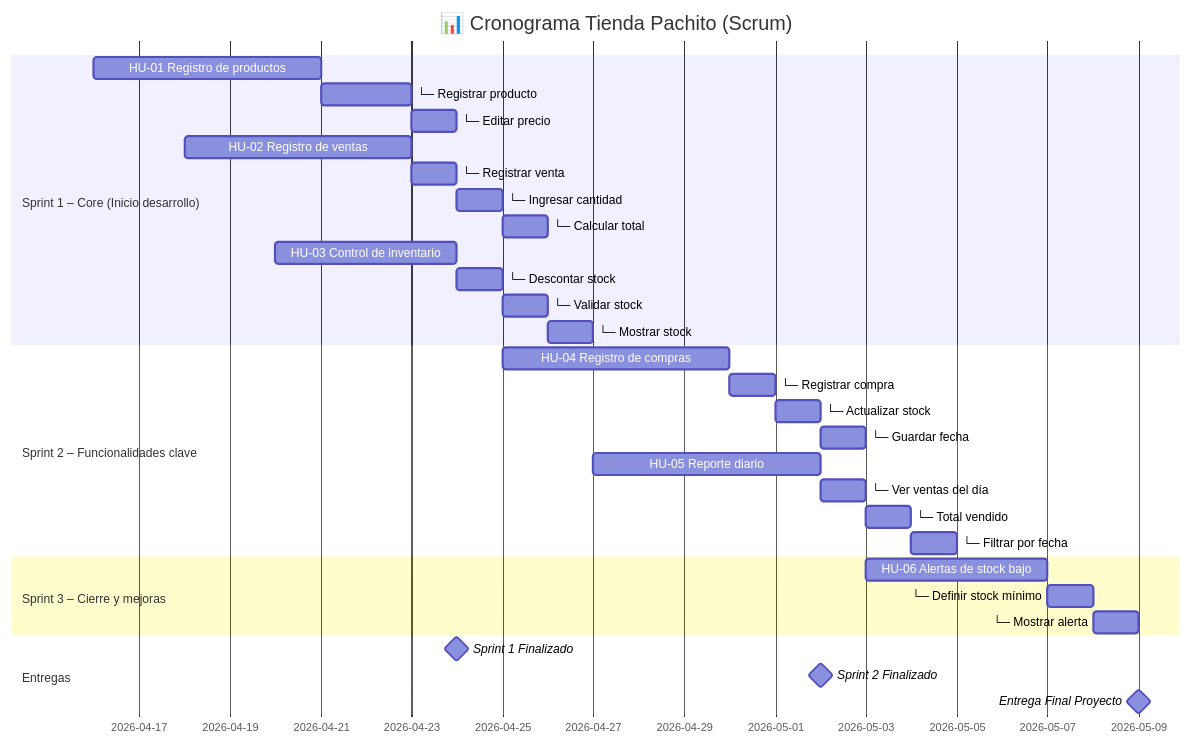
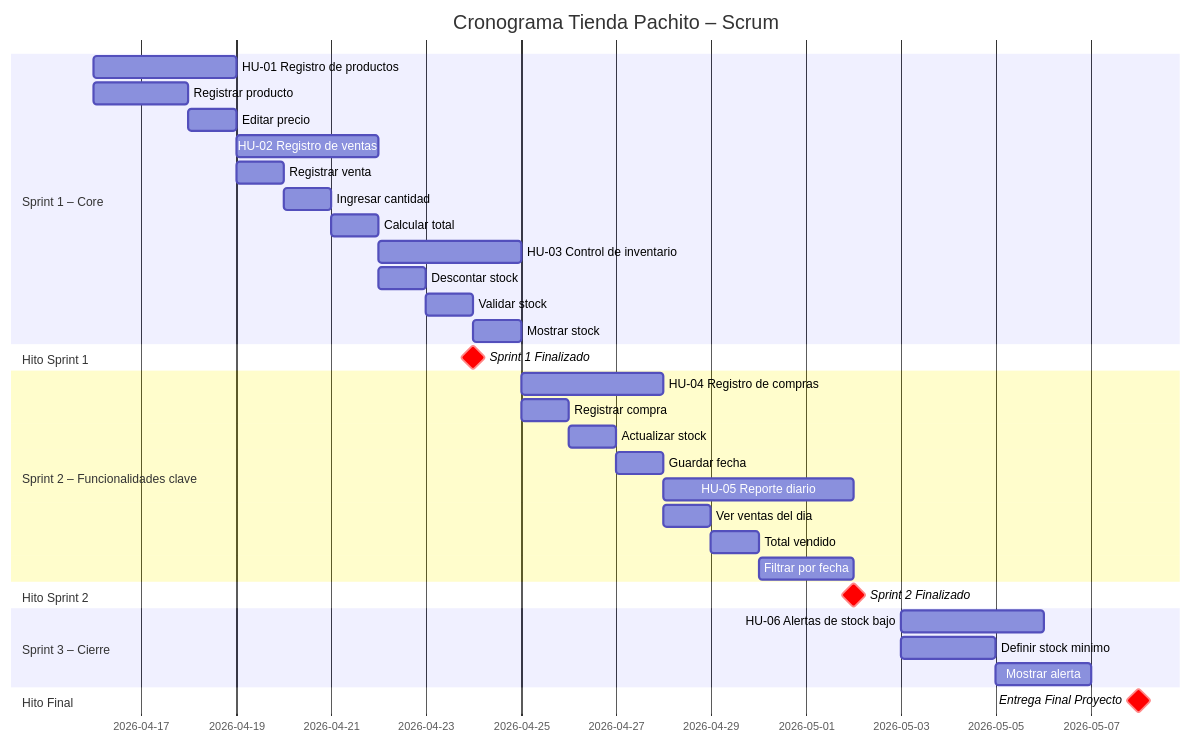
One commit to Manuel-Posada/Proyecto-Tienda-Pachito changed the diagram in 1.Plan_De_Trabajo/Cronograma De Actividades.md. Above: the diagram before and after it, drawn with Mermaid. The commit also changed other lines of this file, not shown here.

Commit message:
Refactor Gantt chart for better structure and clarity

````diff
--- a/1.Plan_De_Trabajo/Cronograma De Actividades.md
+++ b/1.Plan_De_Trabajo/Cronograma De Actividades.md
@@ -1,42 +3,43 @@
 ```mermaid
 gantt
-    title 📊 Cronograma Tienda Pachito (Scrum)
+    title Cronograma Tienda Pachito – Scrum
     dateFormat  YYYY-MM-DD
     todayMarker on
 
-    section Sprint 1 – Core (Inicio desarrollo)
-    HU-01 Registro de productos           :a1, 2026-04-16, 5d
-    └─ Registrar producto                :a2, after a1, 2d
-    └─ Editar precio                     :a3, after a2, 1d
+    section Sprint 1 – Core
+    HU-01 Registro de productos     :a1, 2026-04-16, 3d
+    Registrar producto               :a2, 2026-04-16, 2d
+    Editar precio                    :a3, 2026-04-18, 1d
+    HU-02 Registro de ventas        :b1, 2026-04-19, 3d
+    Registrar venta                  :b2, 2026-04-19, 1d
+    Ingresar cantidad                :b3, 2026-04-20, 1d
+    Calcular total                   :b4, 2026-04-21, 1d
+    HU-03 Control de inventario     :c1, 2026-04-22, 3d
+    Descontar stock                  :c2, 2026-04-22, 1d
+    Validar stock                    :c3, 2026-04-23, 1d
+    Mostrar stock                    :c4, 2026-04-24, 1d
 
-    HU-02 Registro de ventas             :b1, 2026-04-18, 5d
-    └─ Registrar venta                   :b2, after b1, 1d
-    └─ Ingresar cantidad                 :b3, after b2, 1d
-    └─ Calcular total                    :b4, after b3, 1d
-
-    HU-03 Control de inventario          :c1, 2026-04-20, 4d
-    └─ Descontar stock                   :c2, after c1, 1d
-    └─ Validar stock                     :c3, after c2, 1d
-    └─ Mostrar stock                     :c4, after c3, 1d
+    section Hito Sprint 1
+    Sprint 1 Finalizado              :milestone, crit, 2026-04-24, 0d
 
     section Sprint 2 – Funcionalidades clave
-    HU-04 Registro de compras            :d1, 2026-04-25, 5d
-    └─ Registrar compra                  :d2, after d1, 1d
-    └─ Actualizar stock                  :d3, after d2, 1d
-    └─ Guardar fecha                     :d4, after d3, 1d
+    HU-04 Registro de compras       :d1, 2026-04-25, 3d
+    Registrar compra                 :d2, 2026-04-25, 1d
+    Actualizar stock                 :d3, 2026-04-26, 1d
+    Guardar fecha                    :d4, 2026-04-27, 1d
+    HU-05 Reporte diario            :e1, 2026-04-28, 4d
+    Ver ventas del dia               :e2, 2026-04-28, 1d
+    Total vendido                    :e3, 2026-04-29, 1d
+    Filtrar por fecha                :e4, 2026-04-30, 2d
 
-    HU-05 Reporte diario                 :e1, 2026-04-27, 5d
-    └─ Ver ventas del día                :e2, after e1, 1d
-    └─ Total vendido                     :e3, after e2, 1d
-    └─ Filtrar por fecha                 :e4, after e3, 1d
+    section Hito Sprint 2
+    Sprint 2 Finalizado              :milestone, crit, 2026-05-02, 0d
 
-    section Sprint 3 – Cierre y mejoras
-    HU-06 Alertas de stock bajo          :f1, 2026-05-03, 4d
-    └─ Definir stock mínimo              :f2, after f1, 1d
-    └─ Mostrar alerta                    :f3, after f2, 1d
+    section Sprint 3 – Cierre
+    HU-06 Alertas de stock bajo     :f1, 2026-05-03, 3d
+    Definir stock minimo             :f2, 2026-05-03, 2d
+    Mostrar alerta                   :f3, 2026-05-05, 2d
 
-    section Entregas
-    Sprint 1 Finalizado                  :milestone, 2026-04-24, 0d
-    Sprint 2 Finalizado                  :milestone, 2026-05-02, 0d
-    Entrega Final Proyecto               :milestone, 2026-05-09, 0d
+    section Hito Final
+    Entrega Final Proyecto           :milestone, crit, 2026-05-08, 0d
 ```
````
